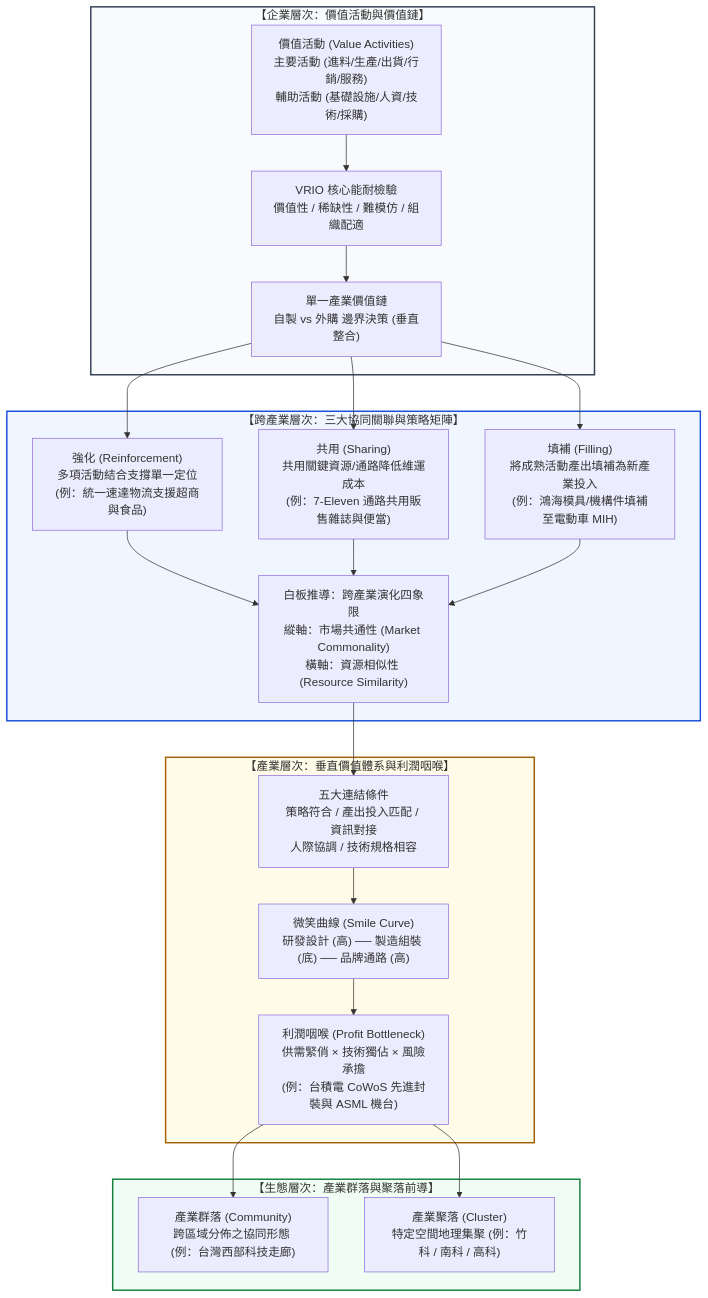
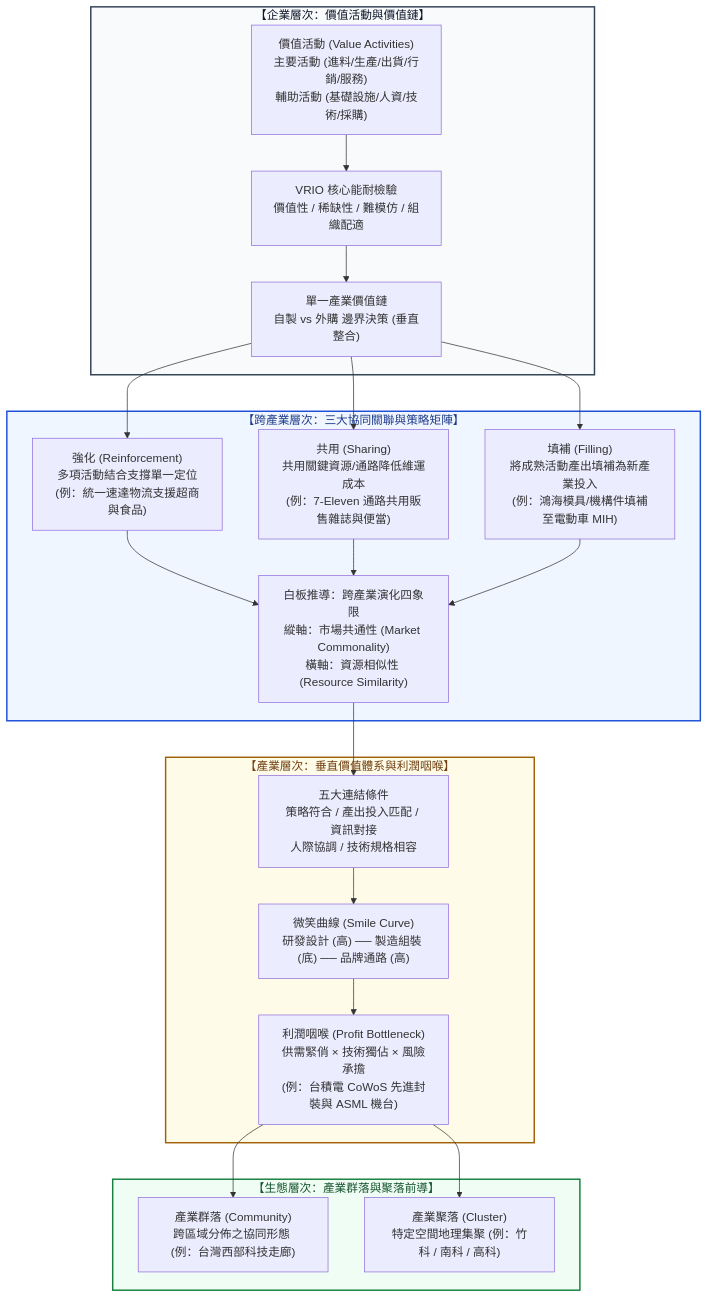
One commit to Jimlin0428/my-digital-garden changed the diagram in src/site/notes/04_主題選修/12_產業分析與投資策略/02_模組筆記/Module_2_產業內與產業間分析/M2-1_產業垂直價值體系.md. Above: the diagram before and after it, drawn with Mermaid. The commit also changed 99 other files, not shown here.

````diff
--- a/src/site/notes/04_主題選修/12_產業分析與投資策略/02_模組筆記/Module_2_產業內與產業間分析/M2-1_產業垂直價值體系.md
+++ b/src/site/notes/04_主題選修/12_產業分析與投資策略/02_模組筆記/Module_2_產業內與產業間分析/M2-1_產業垂直價值體系.md
@@ -20,35 +20,35 @@
 ```mermaid
 flowchart TD
     subgraph Enterprise_Level["【企業層次：價值活動與價值鏈】"]
         VA["價值活動 (Value Activities)<br/>主要活動 (進料/生產/出貨/行銷/服務)<br/>輔助活動 (基礎設施/人資/技術/採購)"]
         VRIO["VRIO 核心能耐檢驗<br/>價值性 / 稀缺性 / 難模仿 / 組織配適"]
         VI["單一產業價值鏈<br/>自製 vs 外購 邊界決策 (垂直整合)"]
         VA --> VRIO --> VI
     end
 
     subgraph Cross_Industry["【跨產業層次：三大協同關聯與策略矩陣】"]
         Reinf["強化 (Reinforcement)<br/>多項活動結合支撐單一定位<br/>(例：統一速達物流支援超商與食品)"]
         Share["共用 (Sharing)<br/>共用關鍵資源/通路降低維運成本<br/>(例：7-Eleven 通路共用販售雜誌與便當)"]
         Fill["填補 (Filling)<br/>將成熟活動產出填補為新產業投入<br/>(例：鴻海模具/機構件填補至電動車 MIH)"]
         Matrix["白板推導：跨產業演化四象限<br/>縱軸：市場共通性 (Market Commonality)<br/>橫軸：資源相似性 (Resource Similarity)"]
         VI --> Reinf & Share & Fill --> Matrix
     end
 
     subgraph Industry_Level["【產業層次：垂直價值體系與利潤咽喉】"]
         Linkage["五大連結條件<br/>策略符合 / 產出投入匹配 / 資訊對接<br/>人際協調 / 技術規格相容"]
         Smile["微笑曲線 (Smile Curve)<br/>研發設計 (高) ── 製造組裝 (底) ── 品牌通路 (高)"]
         Chokepoint["利潤咽喉 (Profit Bottleneck)<br/>供需緊俏 × 技術獨佔 × 風險承擔<br/>(例：台積電 CoWoS 先進封裝與 ASML 機台)"]
         Matrix --> Linkage --> Smile --> Chokepoint
     end
 
     subgraph Ecosystem_Level["【生態層次：產業群落與聚落前導】"]
         Comm["產業群落 (Community)<br/>跨區域分佈之協同形態 (例：台灣西部科技走廊)"]
         Clust["產業聚落 (Cluster)<br/>特定空間地理集聚 (例：竹科 / 南科 / 高科)"]
         Chokepoint --> Comm & Clust
     end
 
-    style Enterprise_Level fill:#f8fafc,stroke:#334155,stroke-width:2px
-    style Cross_Industry fill:#eff6ff,stroke:#1d4ed8,stroke-width:2px
-    style Industry_Level fill:#fefce8,stroke:#a16207,stroke-width:2px
-    style Ecosystem_Level fill:#f0fdf4,stroke:#15803d,stroke-width:2px
+    style Enterprise_Level fill:#f8fafc,stroke:#334155,stroke-width:2px,color:#0f172a
+    style Cross_Industry fill:#eff6ff,stroke:#1d4ed8,stroke-width:2px,color:#1e3a8a
+    style Industry_Level fill:#fefce8,stroke:#a16207,stroke-width:2px,color:#713f12
+    style Ecosystem_Level fill:#f0fdf4,stroke:#15803d,stroke-width:2px,color:#14532d
 ```
````
